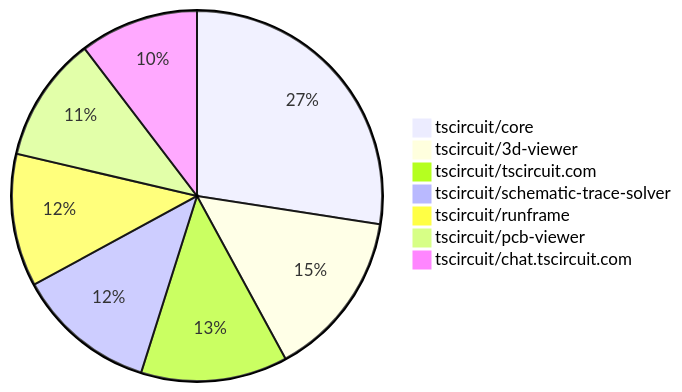
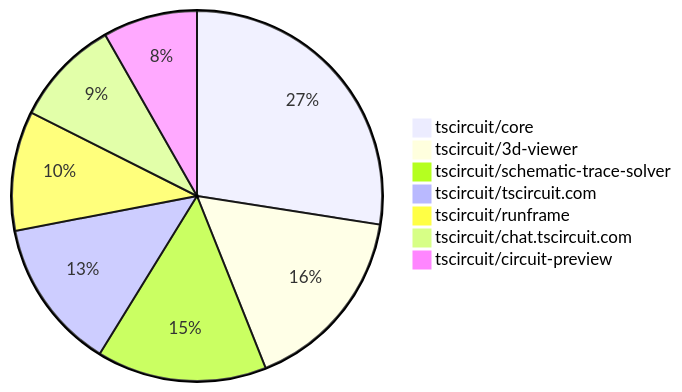
Before and after one commit to tscircuit/contribution-tracker: the second of 2 diagrams in README.md, drawn with Mermaid. The commit also changed other lines of this file and 3 other files, not shown here.

````diff
--- a/README.md
+++ b/README.md
@@ -114,10 +114,10 @@
 ```mermaid
 pie
-    "tscircuit/core" : 45
-    "tscircuit/3d-viewer" : 24
-    "tscircuit/tscircuit.com" : 21
-    "tscircuit/schematic-trace-solver" : 20
+    "tscircuit/core" : 50
+    "tscircuit/3d-viewer" : 30
+    "tscircuit/schematic-trace-solver" : 27
+    "tscircuit/tscircuit.com" : 24
     "tscircuit/runframe" : 19
-    "tscircuit/pcb-viewer" : 18
     "tscircuit/chat.tscircuit.com" : 17
+    "tscircuit/circuit-preview" : 15
 ```
````
